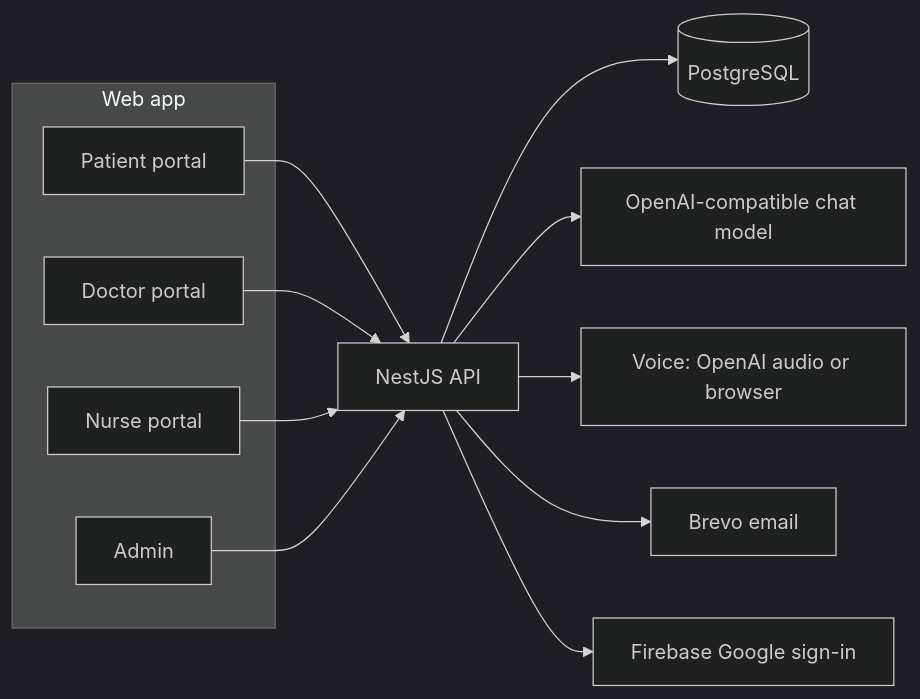
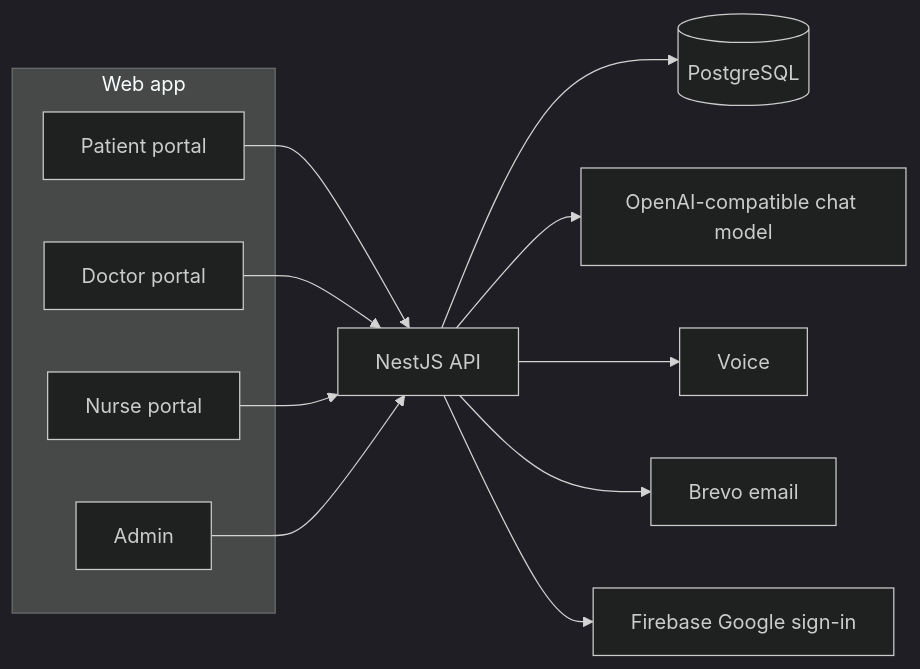
The diagram in README.md (maarijwaseem2/vita-care), drawn with Mermaid (dark theme) before and after one commit. The commit also changed other lines of this file and 6 other files, not shown here.

````diff
--- a/README.md
+++ b/README.md
@@ -53,26 +51,26 @@
 ```mermaid
 flowchart LR
   subgraph clients [Web app]
     Patient[Patient portal]
     Doctor[Doctor portal]
     Nurse[Nurse portal]
     Admin[Admin]
   end
 
   API[NestJS API]
   DB[(PostgreSQL)]
   Model[OpenAI-compatible chat model]
-  Voice[Voice: OpenAI audio or browser]
+  Voice[Voice]
   Mail[Brevo email]
   Google[Firebase Google sign-in]
 
   Patient --> API
   Doctor --> API
   Nurse --> API
   Admin --> API
   API --> DB
   API --> Model
   API --> Voice
   API --> Mail
   API --> Google
 ```
````
